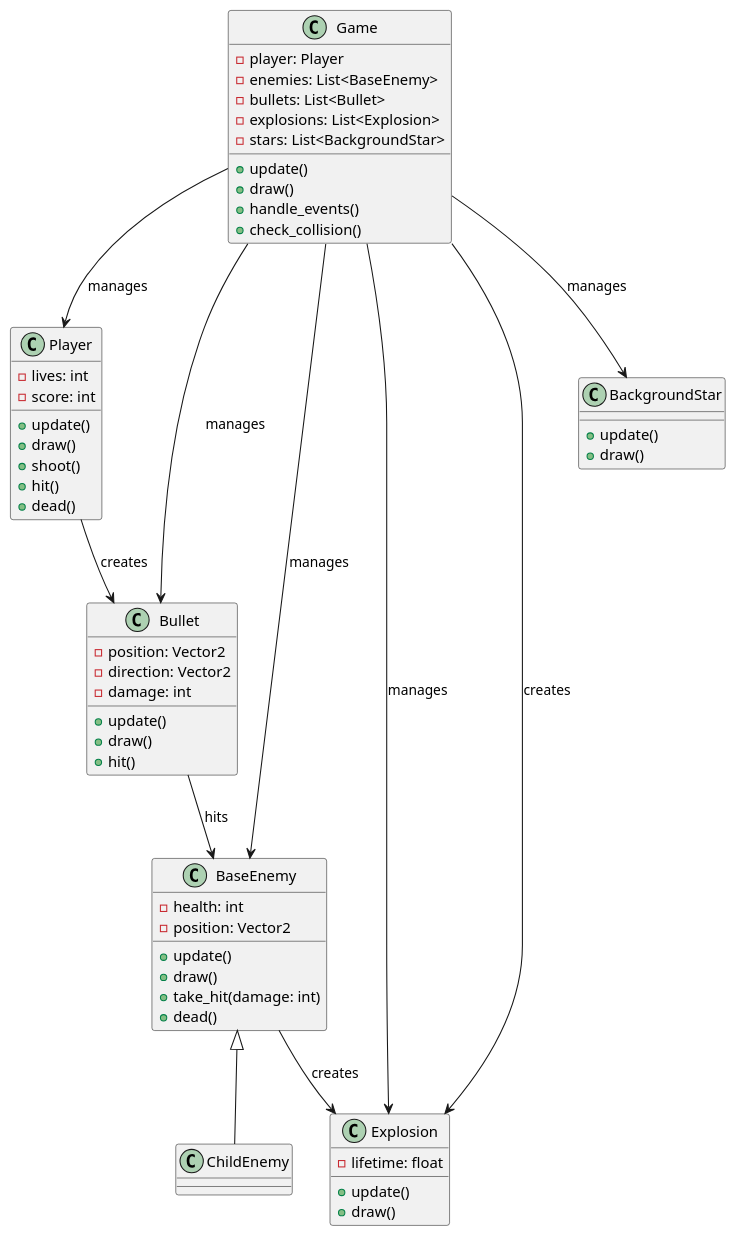
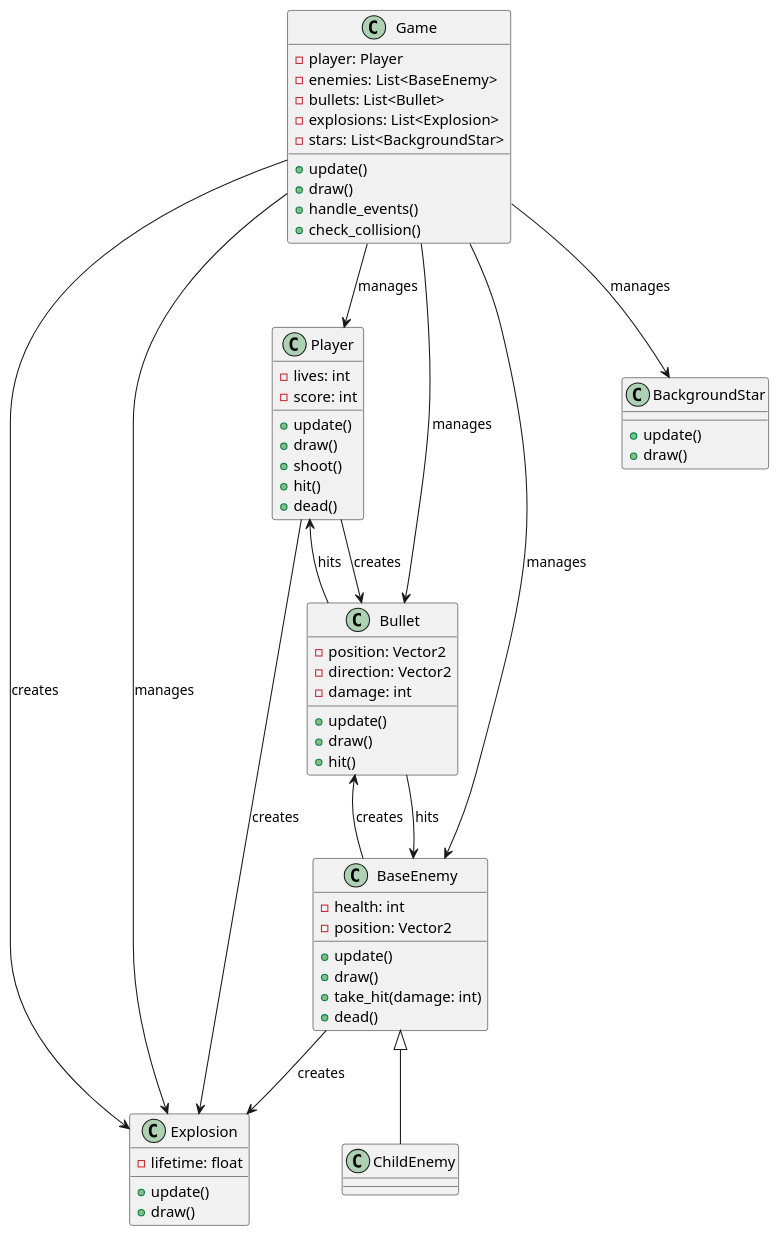
Before and after one commit to rezachairul/Project-Tubes-PBO-2025: the diagram in uml_game.puml, drawn with PlantUML. The commit also changed 30 other files, not shown here.

```diff
--- a/uml_game.puml
+++ b/uml_game.puml
@@ -1,65 +1,68 @@
 @startuml StarWarship
 class Game {
   +update()
   +draw()
   +handle_events()
   +check_collision()
   -player: Player
   -enemies: List<BaseEnemy>
   -bullets: List<Bullet>
   -explosions: List<Explosion>
   -stars: List<BackgroundStar>
 }
 
 class Player {
   +update()
   +draw()
   +shoot()
   +hit()
   +dead()
   -lives: int
   -score: int
 }
 
 class Bullet {
   +update()
   +draw()
   +hit()
   -position: Vector2
   -direction: Vector2
   -damage: int
 }
 
 class BaseEnemy {
   +update()
   +draw()
   +take_hit(damage: int)
   +dead()
   -health: int
   -position: Vector2
 }
 
 class Explosion {
   +update()
   +draw()
   -lifetime: float
 }
 
 class BackgroundStar {
   +update()
   +draw()
 }
 
 Game --> Player : manages
 Game --> Bullet : manages
 Game --> BaseEnemy : manages
 Game --> Explosion : manages
 Game --> BackgroundStar : manages
 
 Player --> Bullet : creates
 Bullet --> BaseEnemy : hits
 BaseEnemy --> Explosion : creates
+BaseEnemy --> Bullet : creates
+Bullet --> Player : hits
+Player --> Explosion : creates
 Game --> Explosion : creates
 
 BaseEnemy <|-- ChildEnemy
 @enduml
```
